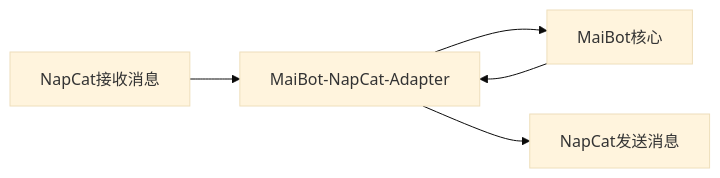
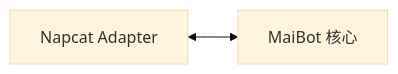
Before and after one commit to MaiM-with-u/docs: the first of 2 diagrams in manual/adapters/tts/index.md, drawn with Mermaid (base theme). The commit also changed other lines of this file, not shown here.

````diff
--- a/manual/adapters/tts/index.md
+++ b/manual/adapters/tts/index.md
@@ -61,7 +56,4 @@
 ```mermaid
 graph LR
-    A[NapCat接收消息] --> B[MaiBot-NapCat-Adapter]
-    B --> C[MaiBot核心]
-    C --> B
-    B --> D[NapCat发送消息]
+    A[Napcat Adapter] <--> B[MaiBot 核心]
 ```
````
